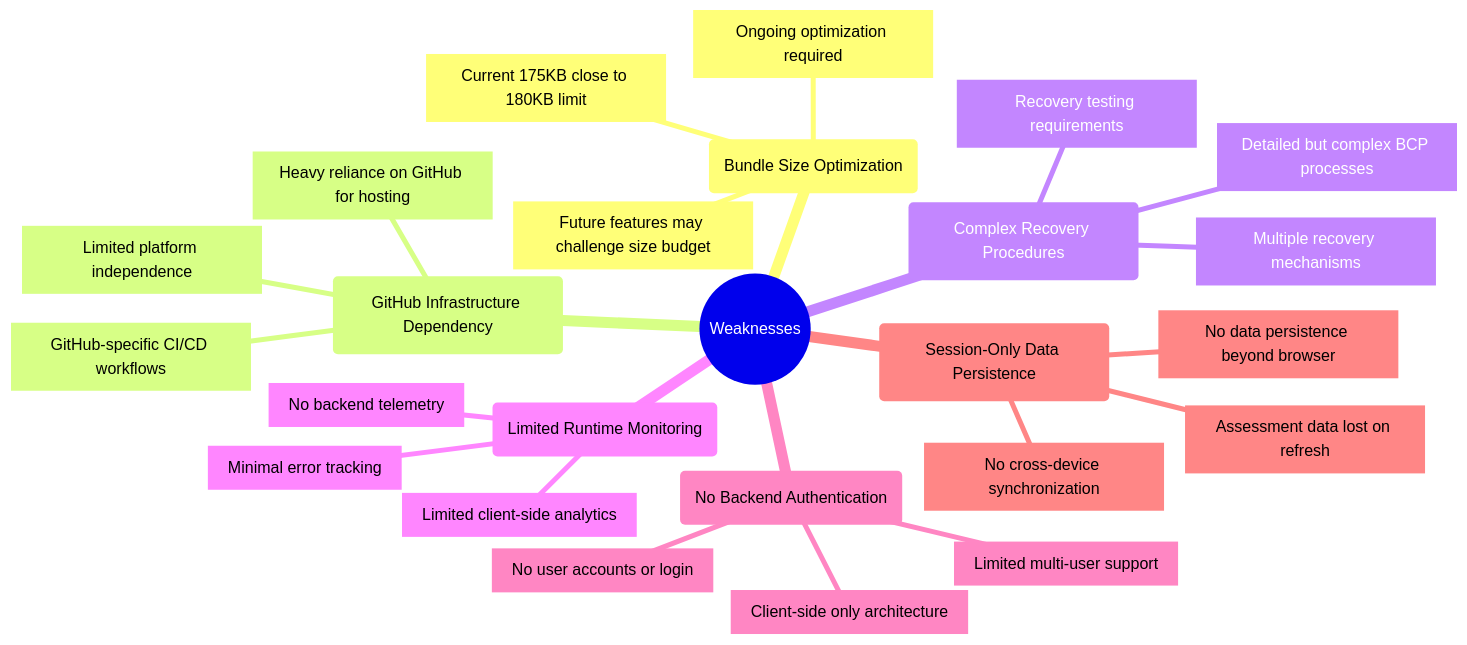
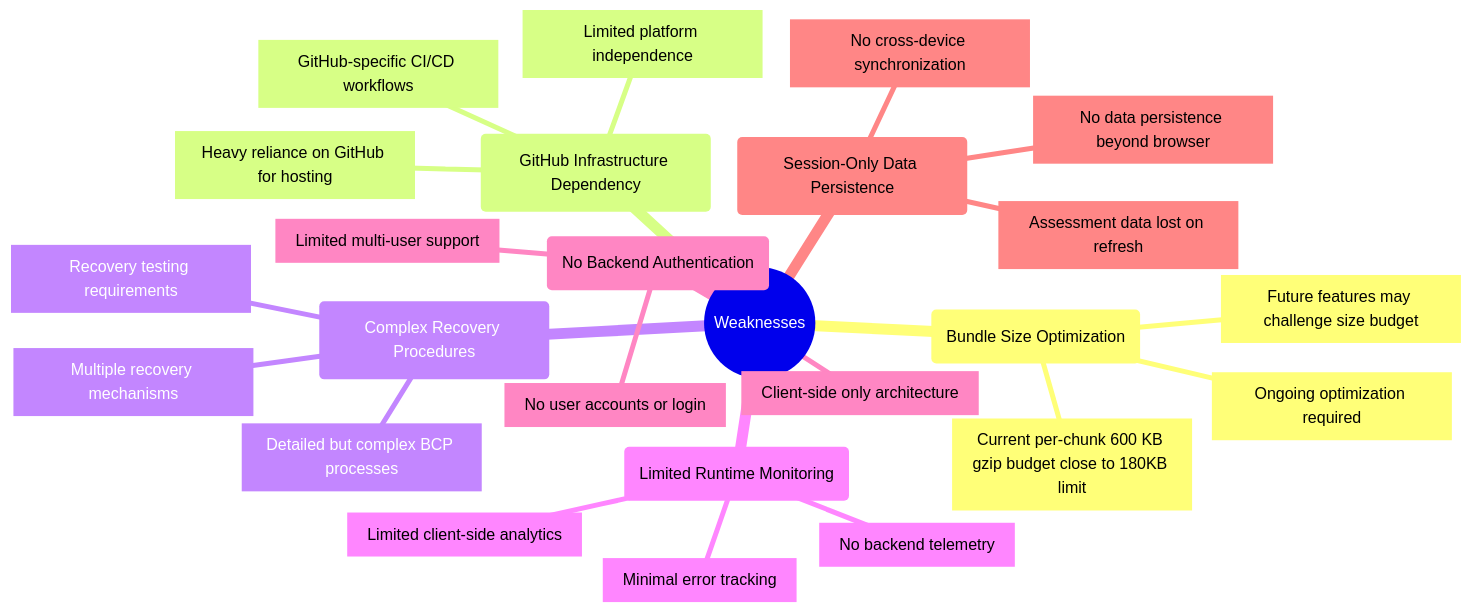
Before and after one commit to Hack23/cia-compliance-manager: the fourth of 7 diagrams in docs/architecture/SWOT.md, drawn with Mermaid. The commit also changed other lines of this file and 3 other files, not shown here.

First line of the commit message:
docs: update SECURITY_ARCHITECTURE, SWOT, THREAT_MODEL, CRA-ASSESSMENT to v1.1.54

````diff
--- a/docs/architecture/SWOT.md
+++ b/docs/architecture/SWOT.md
@@ -229,28 +230,28 @@
 ```mermaid
 mindmap
   root((Weaknesses))
     id1(Bundle Size Optimization)
-      id1.1[Current 175KB close to 180KB limit]
+      id1.1[Current per-chunk 600 KB gzip budget close to 180KB limit]
       id1.2[Future features may challenge size budget]
       id1.3[Ongoing optimization required]
     id2(GitHub Infrastructure Dependency)
       id2.1[Heavy reliance on GitHub for hosting]
       id2.2[GitHub-specific CI/CD workflows]
       id2.3[Limited platform independence]
     id3(Complex Recovery Procedures)
       id3.1[Detailed but complex BCP processes]
       id3.2[Multiple recovery mechanisms]
       id3.3[Recovery testing requirements]
     id4(Limited Runtime Monitoring)
       id4.1[No backend telemetry]
       id4.2[Limited client-side analytics]
       id4.3[Minimal error tracking]
     id5(No Backend Authentication)
       id5.1[Client-side only architecture]
       id5.2[No user accounts or login]
       id5.3[Limited multi-user support]
     id6(Session-Only Data Persistence)
       id6.1[No data persistence beyond browser]
       id6.2[Assessment data lost on refresh]
       id6.3[No cross-device synchronization]
 ```
````
